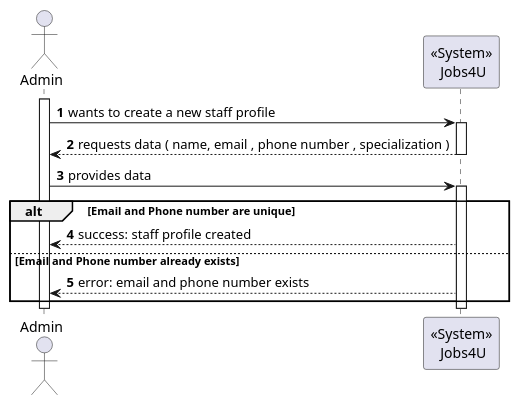
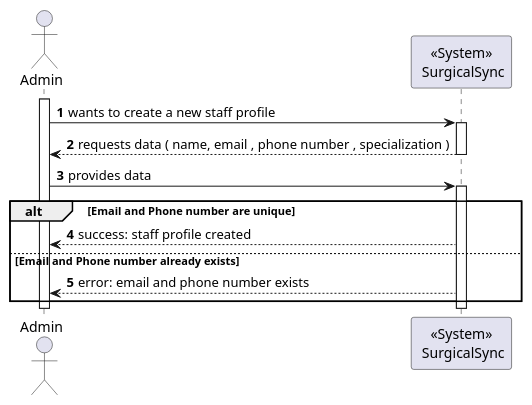
One commit to MiguelCardoso77/SurgicalSync-BackEnd changed the diagram in docs/SprintA/20-create-a-new-staff-profile/level1/process-view.puml. Above: the diagram before and after it, drawn with PlantUML. The commit also changed 1 other file, not shown here.

```diff
--- a/docs/SprintA/20-create-a-new-staff-profile/level1/process-view.puml
+++ b/docs/SprintA/20-create-a-new-staff-profile/level1/process-view.puml
@@ -1,25 +1,25 @@
 @startuml
 autonumber
 
 actor "Admin" as USER
-participant "<<System>>\n Jobs4U" as SYSTEM
+participant "<<System>>\n SurgicalSync" as SYSTEM
 
 activate USER
 
     USER -> SYSTEM: wants to create a new staff profile
     activate SYSTEM
 
         SYSTEM --> USER : requests data ( name, email , phone number , specialization )
     deactivate SYSTEM
         
     USER -> SYSTEM : provides data
     activate SYSTEM
         alt Email and Phone number are unique
             USER <-- SYSTEM : success: staff profile created
         else Email and Phone number already exists
             USER <-- SYSTEM : error: email and phone number exists
         end
     deactivate SYSTEM
     
 deactivate USER
 @enduml
```
